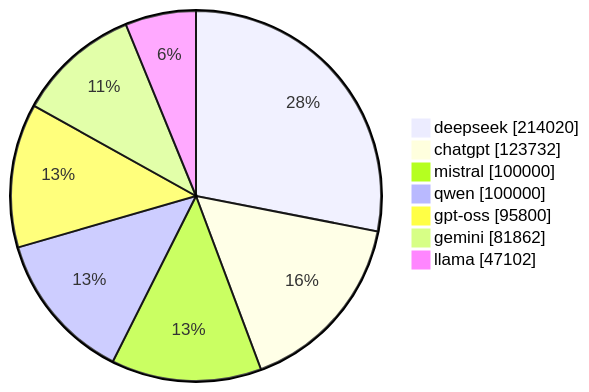
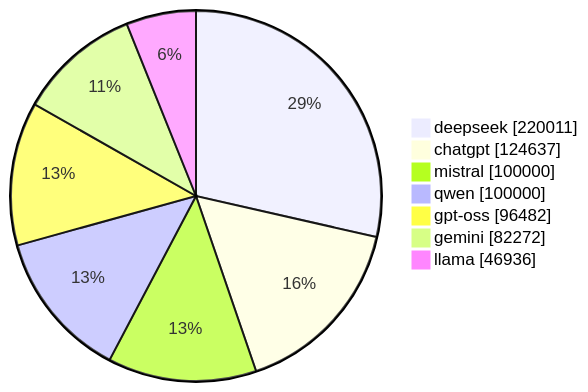
One commit to gqgs/llm100kbench changed the diagram in README.md. Above: the diagram before and after it, drawn with Mermaid. The commit also changed other lines of this file and 17 other files, not shown here.

````diff
--- a/README.md
+++ b/README.md
@@ -50,10 +50,10 @@
 ```mermaid
 pie showData
-    "deepseek" : 214020
-    "chatgpt" : 123732
+    "deepseek" : 220011
+    "chatgpt" : 124637
     "mistral" : 100000
     "qwen" : 100000
-    "gpt-oss" : 95800
-    "gemini" : 81862
-    "llama" : 47102
+    "gpt-oss" : 96482
+    "gemini" : 82272
+    "llama" : 46936
 ```
````
